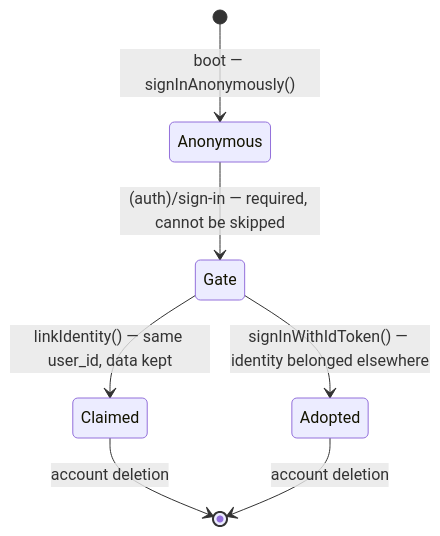
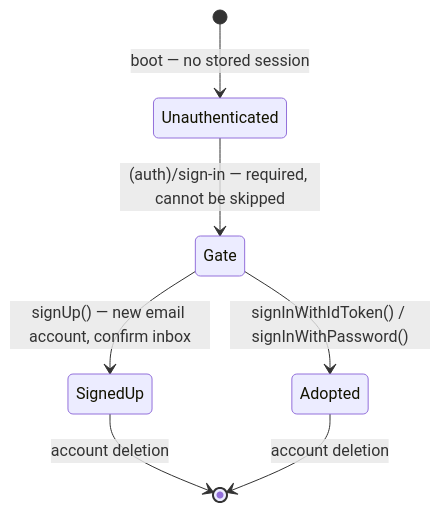
One commit to ebdharmikbhesaniya/eb-aura-manifest-daily changed the diagram in docs/technical/03-AUTH-ARCHITECTURE.md. Above: the diagram before and after it, drawn with Mermaid. The commit also changed other lines of this file and 11 other files, not shown here.

````diff
--- a/docs/technical/03-AUTH-ARCHITECTURE.md
+++ b/docs/technical/03-AUTH-ARCHITECTURE.md
@@ -20,9 +22,9 @@
 ```mermaid
 stateDiagram-v2
-    [*] --> Anonymous : boot — signInAnonymously()
-    Anonymous --> Gate : (auth)/sign-in — required, cannot be skipped
-    Gate --> Claimed : linkIdentity() — same user_id, data kept
-    Gate --> Adopted : signInWithIdToken() — identity belonged elsewhere
-    Claimed --> [*] : account deletion
+    [*] --> Unauthenticated : boot — no stored session
+    Unauthenticated --> Gate : (auth)/sign-in — required, cannot be skipped
+    Gate --> SignedUp : signUp() — new email account, confirm inbox
+    Gate --> Adopted : signInWithIdToken() / signInWithPassword()
+    SignedUp --> [*] : account deletion
     Adopted --> [*] : account deletion
 ```
````
